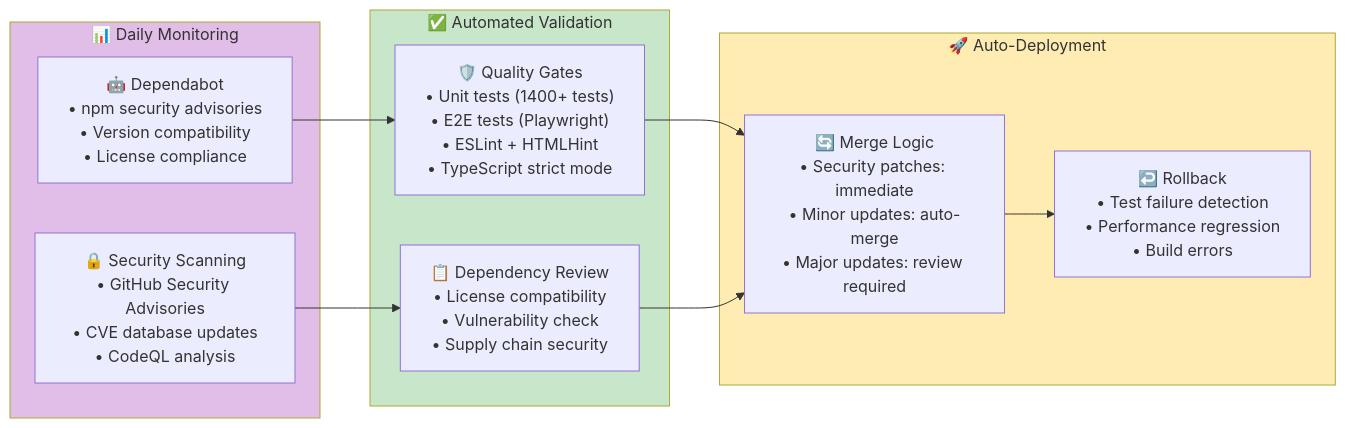
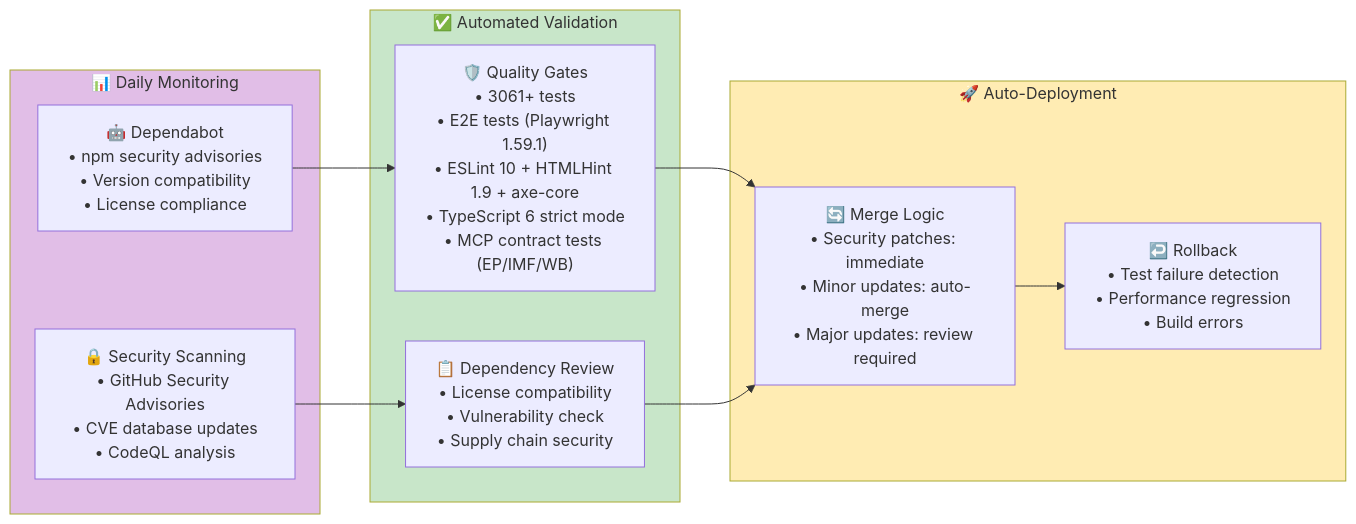
Before and after one commit to Hack23/euparliamentmonitor: the fourth of 6 diagrams in End-of-Life-Strategy.md, drawn with Mermaid. The commit also changed other lines of this file and 8 other files, not shown here.

First line of the commit message:
docs: refresh ARCHITECTURE/EOL/WORKFLOWS/DATA_MODEL + FLOWCHART/STATEDIAGRAM/MINDMAP/BCPPlan/FinancialSecurityPlan for v0.8.40

````diff
--- a/End-of-Life-Strategy.md
+++ b/End-of-Life-Strategy.md
@@ -330,27 +363,27 @@
 ```mermaid
 flowchart LR
     subgraph MONITORING["📊 Daily Monitoring"]
         DEPENDABOT["🤖 Dependabot<br/>• npm security advisories<br/>• Version compatibility<br/>• License compliance"]
         SECURITY_SCAN["🔒 Security Scanning<br/>• GitHub Security Advisories<br/>• CVE database updates<br/>• CodeQL analysis"]
     end
 
     subgraph VALIDATION["✅ Automated Validation"]
-        QUALITY_GATES["🛡️ Quality Gates<br/>• Unit tests (1400+ tests)<br/>• E2E tests (Playwright)<br/>• ESLint + HTMLHint<br/>• TypeScript strict mode"]
+        QUALITY_GATES["🛡️ Quality Gates<br/>• 3061+ tests<br/>• E2E tests (Playwright 1.59.1)<br/>• ESLint 10 + HTMLHint 1.9 + axe-core<br/>• TypeScript 6 strict mode<br/>• MCP contract tests (EP/IMF/WB)"]
         REVIEW_ACTION["📋 Dependency Review<br/>• License compatibility<br/>• Vulnerability check<br/>• Supply chain security"]
     end
 
     subgraph DEPLOYMENT["🚀 Auto-Deployment"]
         AUTO_MERGE["🔄 Merge Logic<br/>• Security patches: immediate<br/>• Minor updates: auto-merge<br/>• Major updates: review required"]
         ROLLBACK["↩️ Rollback<br/>• Test failure detection<br/>• Performance regression<br/>• Build errors"]
     end
 
     DEPENDABOT --> QUALITY_GATES
     SECURITY_SCAN --> REVIEW_ACTION
     QUALITY_GATES --> AUTO_MERGE
     REVIEW_ACTION --> AUTO_MERGE
     AUTO_MERGE --> ROLLBACK
 
     style MONITORING fill:#e1bee7
     style VALIDATION fill:#c8e6c9
     style DEPLOYMENT fill:#ffecb3
 ```
````
